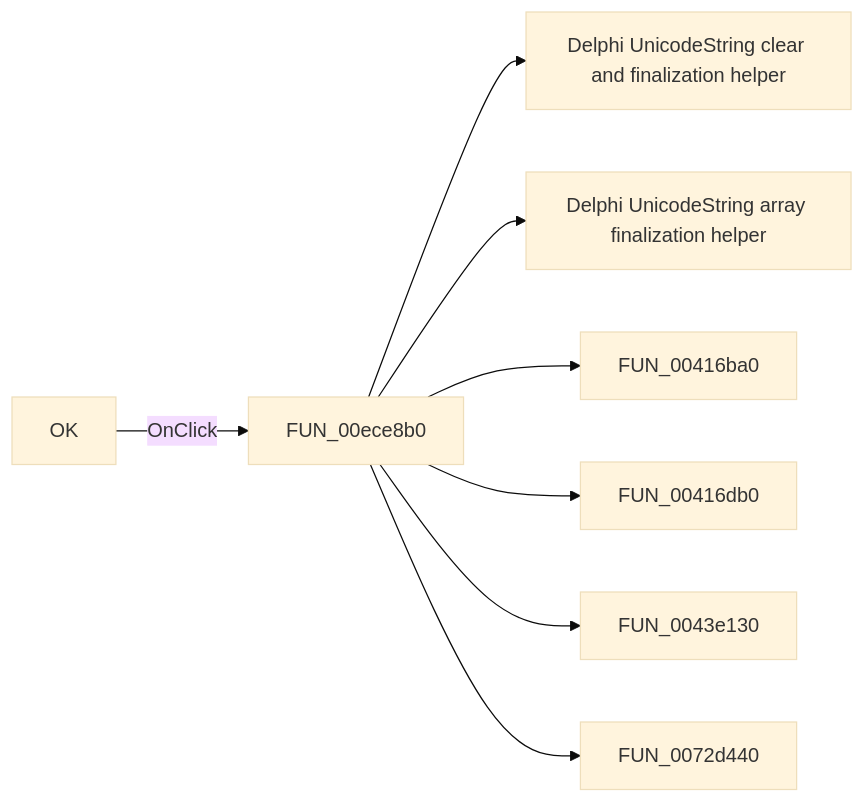
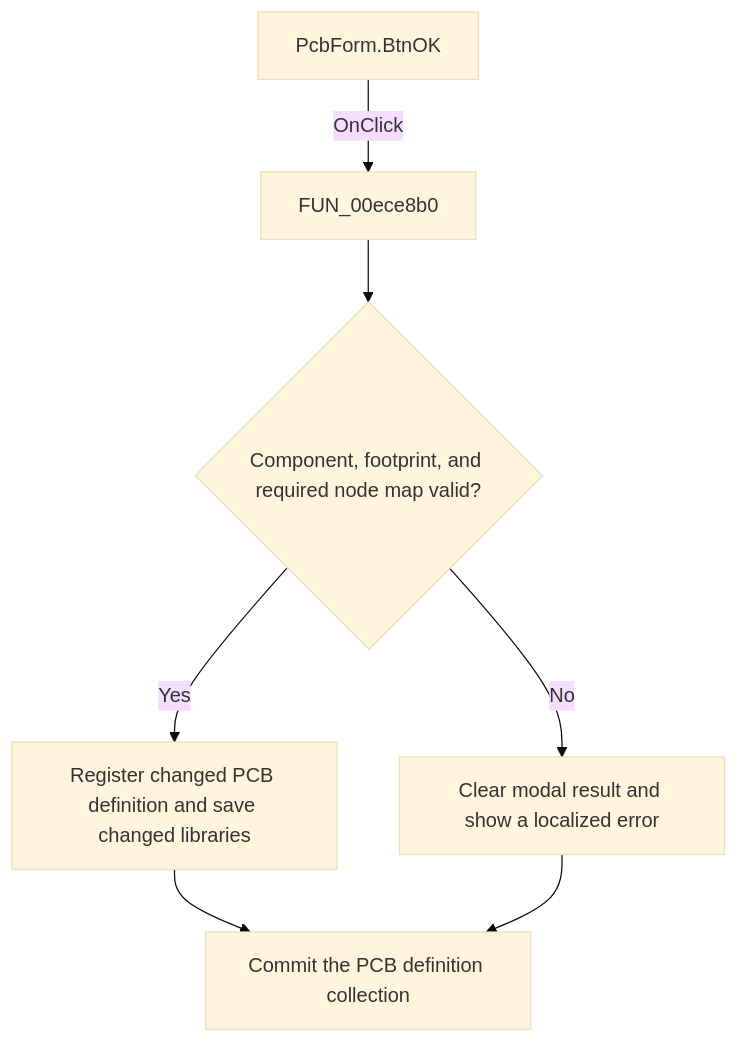
Before and after one commit to MovGP0/TIARA: the diagram in docs/ui-controls/pcbform/btnok-2c7201202a.md, drawn with Mermaid (base theme). The commit also changed other lines of this file and 1062 other files, not shown here.

````diff
--- a/docs/ui-controls/pcbform/btnok-2c7201202a.md
+++ b/docs/ui-controls/pcbform/btnok-2c7201202a.md
@@ -27,10 +30,9 @@
 ```mermaid
-flowchart LR
-    control["OK"] -->|OnClick| handler["FUN_00ece8b0"]
-    handler --> call1["Delphi UnicodeString clear and finalization helper"]
-    handler --> call2["Delphi UnicodeString array finalization helper"]
-    handler --> call3["FUN_00416ba0"]
-    handler --> call4["FUN_00416db0"]
-    handler --> call5["FUN_0043e130"]
-    handler --> call6["FUN_0072d440"]
+flowchart TD
+    control["PcbForm.BtnOK"] -->|OnClick| handler["FUN_00ece8b0"]
+    handler --> decision{"Component, footprint, and required node map valid?"}
+    decision -->|Yes| action["Register changed PCB definition and save changed libraries"]
+    decision -->|No| noop["Clear modal result and show a localized error"]
+    action --> outcome["Commit the PCB definition collection"]
+    noop --> outcome
 ```
````
